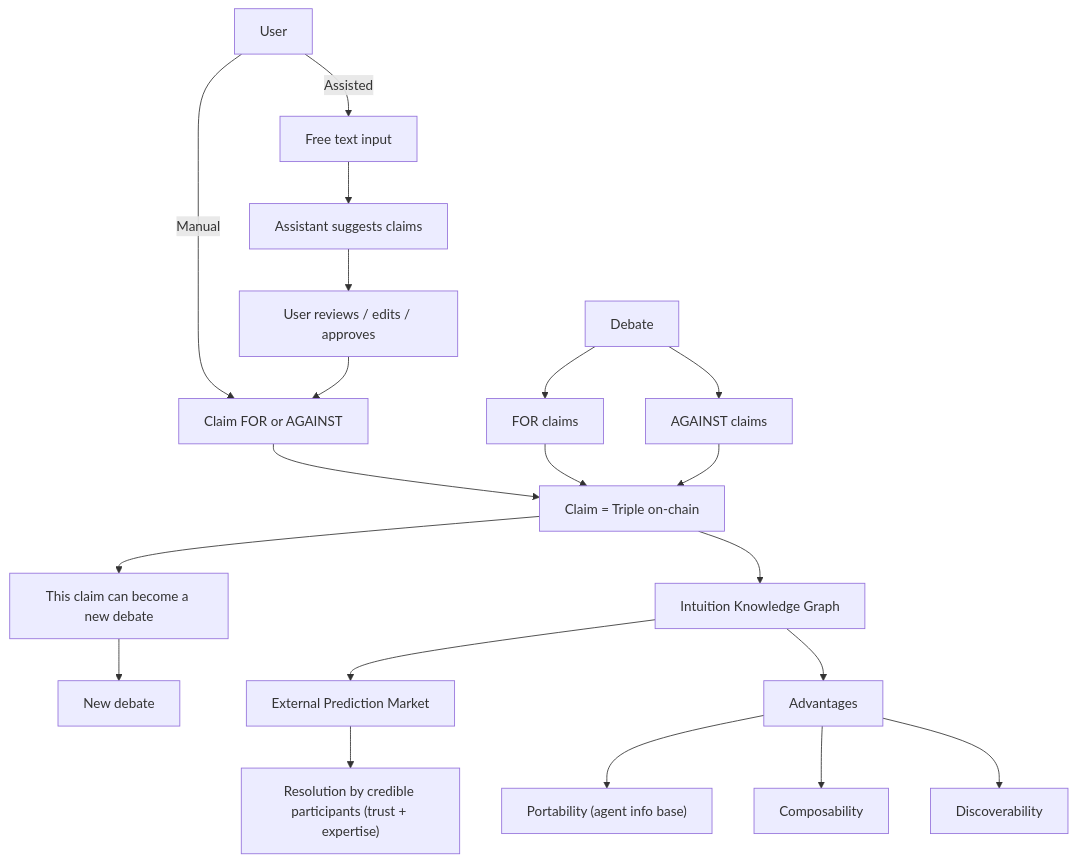
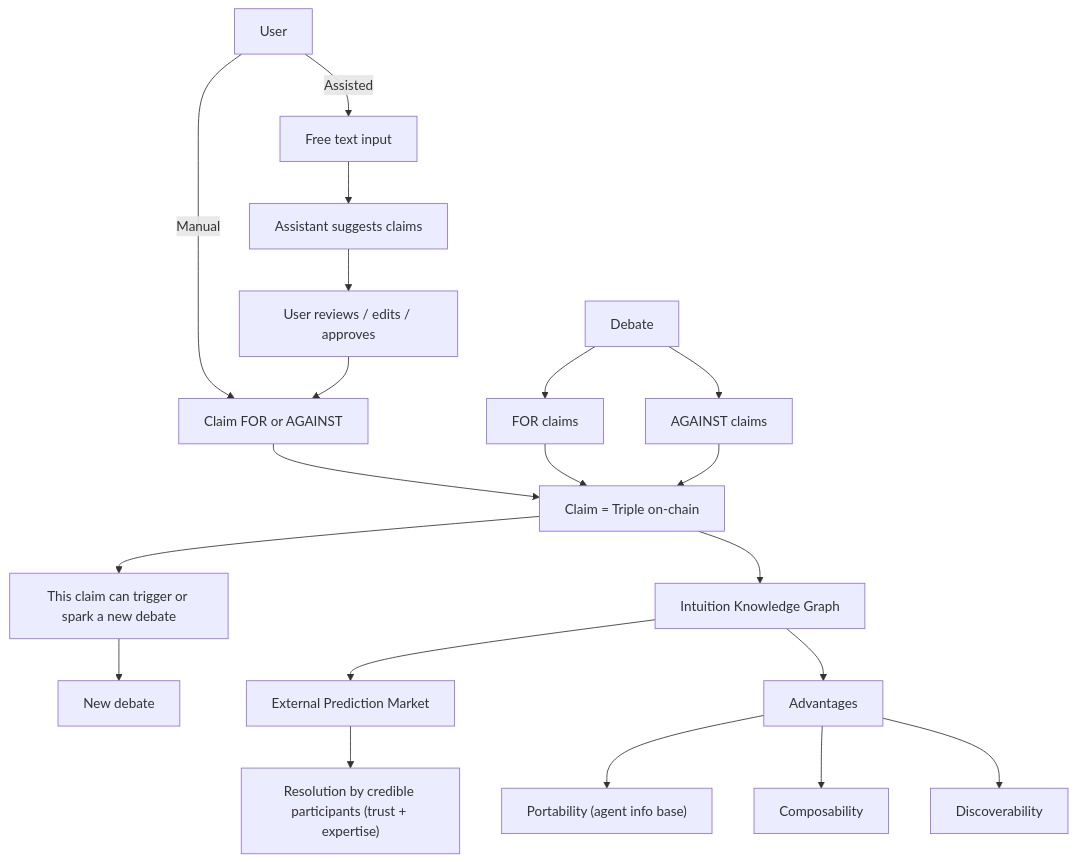
Before and after one commit to Jade-m22/noname_app: the diagram in docs/overview.md, drawn with Mermaid. The commit also changed other lines of this file, not shown here.

````diff
--- a/docs/overview.md
+++ b/docs/overview.md
@@ -58,22 +58,22 @@
 ```mermaid
 flowchart TD
     U["User"] -- Manual --> C["Claim FOR or AGAINST"]
     U -- Assisted --> TXT["Free text input"]
     TXT --> AI["Assistant suggests claims"]
     AI --> VAL["User reviews / edits / approves"]
     VAL --> C
     S["Debate"] --> P["FOR claims"]
     S --> N["AGAINST claims"]
     C --> T["Claim = Triple on-chain"]
     P --> T
     N --> T
-    T --> ND["This claim can become a new debate"]
+    T --> ND["This claim can trigger or spark a new debate"]
     T --> G["Intuition Knowledge Graph"]
     ND --> S2["New debate"]
     G --> EXT["External Prediction Market"]
     G --> ADV["Advantages"]
     ADV --> PORT["Portability (agent info base)"]
     ADV --> COMP["Composability"]
     ADV --> DISC["Discoverability"]
     EXT --> OR["Resolution by credible participants (trust + expertise)"]
 ```
````
